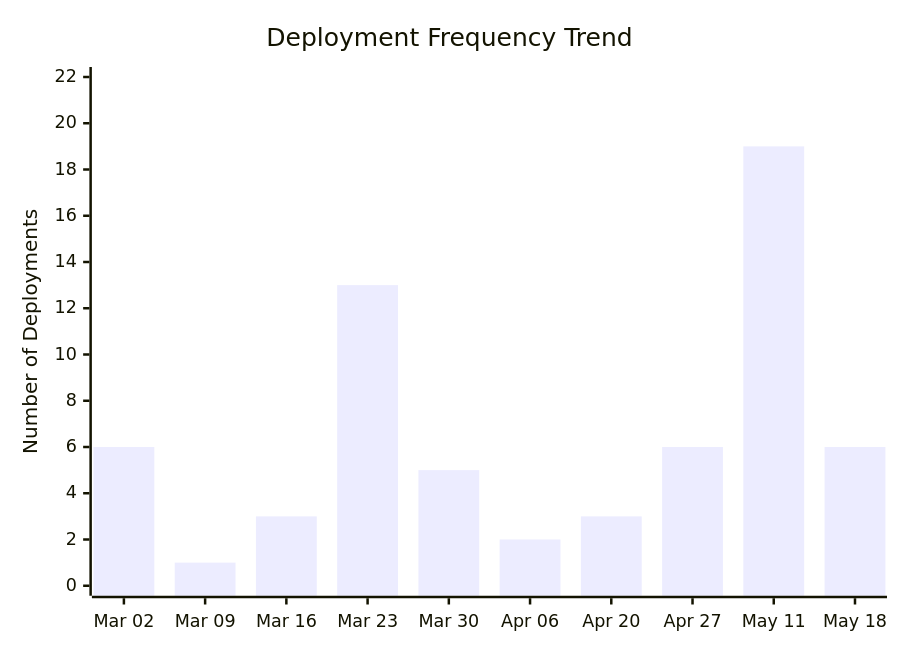
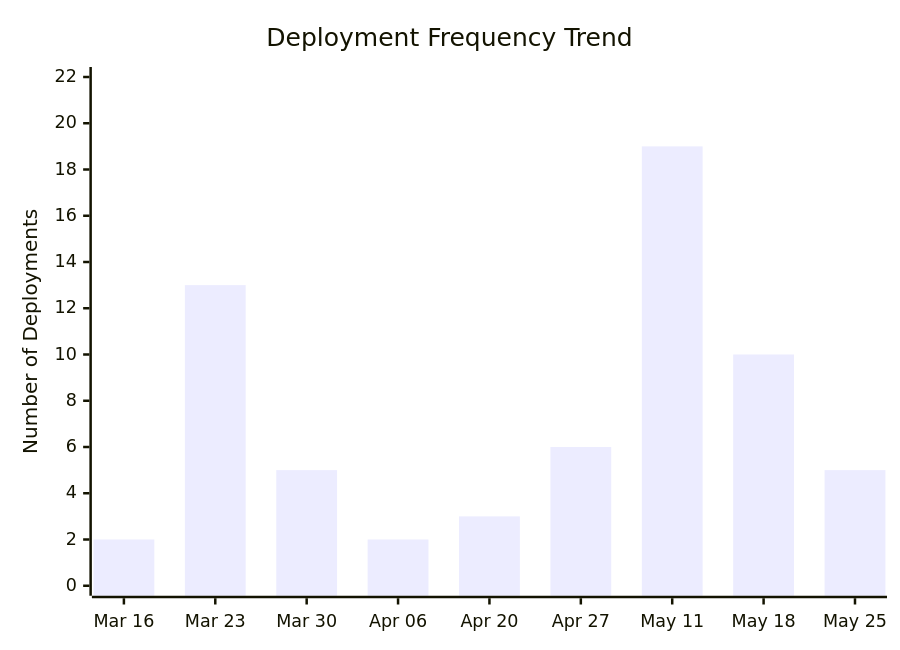
Before and after one commit to ukma-cs-ssdm-2025/rate-ukma: the third of 4 diagrams in docs/ci-cd/dora-summary.md, drawn with Mermaid. The commit also changed other lines of this file, not shown here.

````diff
--- a/docs/ci-cd/dora-summary.md
+++ b/docs/ci-cd/dora-summary.md
@@ -54,7 +51,7 @@
 ```mermaid
 xychart-beta
     title "Deployment Frequency Trend"
-    x-axis ["Mar 02", "Mar 09", "Mar 16", "Mar 23", "Mar 30", "Apr 06", "Apr 20", "Apr 27", "May 11", "May 18"]
+    x-axis ["Mar 16", "Mar 23", "Mar 30", "Apr 06", "Apr 20", "Apr 27", "May 11", "May 18", "May 25"]
     y-axis "Number of Deployments" 0 --> 22
-    bar [6.00, 1.00, 3.00, 13.00, 5.00, 2.00, 3.00, 6.00, 19.00, 6.00]
+    bar [2.00, 13.00, 5.00, 2.00, 3.00, 6.00, 19.00, 10.00, 5.00]
 ```
````
